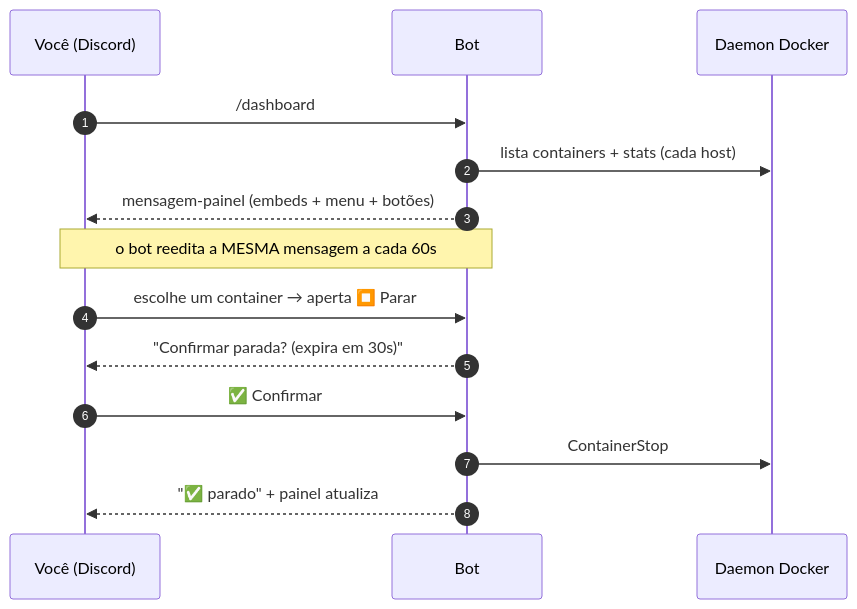
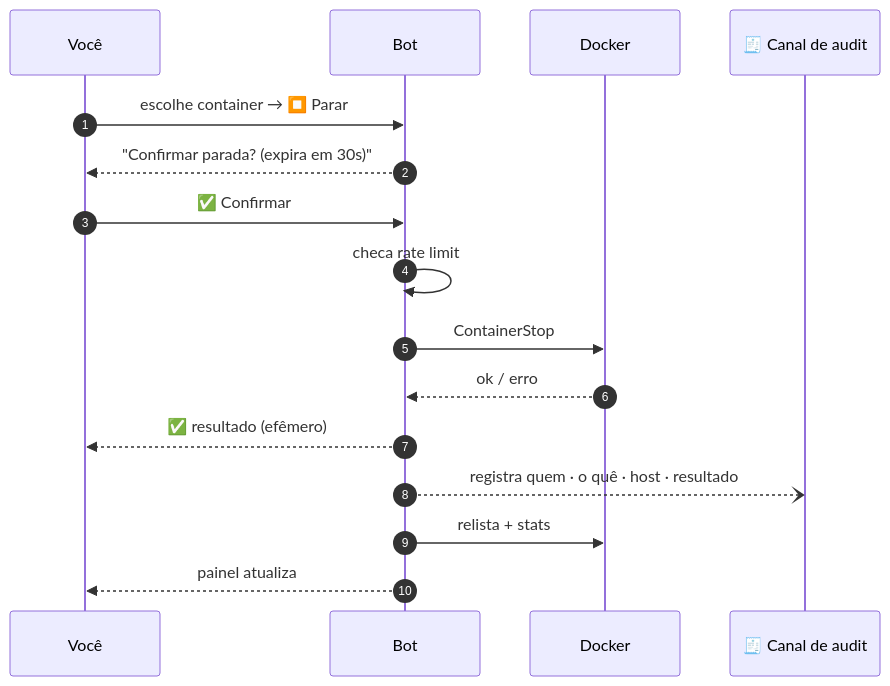
One commit to the-eduardo/DockerStats-Discord-Bot changed the fourth of 4 diagrams in README.pt-BR.md. Above: the diagram before and after it, drawn with Mermaid. The commit also changed other lines of this file and 2 other files, not shown here.

Commit message:
docs: READMEs reestruturados (EN) com diagramas de arquitetura/roteamento + PT-BR alinhado + novo README.es (Espanhol LatAm)

````diff
--- a/README.pt-BR.md
+++ b/README.pt-BR.md
@@ -102,16 +160,18 @@
 ```mermaid
 sequenceDiagram
     autonumber
-    participant U as Você (Discord)
+    participant U as Você
     participant B as Bot
-    participant D as Daemon Docker
-    U->>B: /dashboard
-    B->>D: lista containers + stats (cada host)
-    B-->>U: mensagem-painel (embeds + menu + botões)
-    Note over B,U: o bot reedita a MESMA mensagem a cada 60s
-    U->>B: escolhe um container → aperta ⏹️ Parar
+    participant D as Docker
+    participant A as 🧾 Canal de audit
+    U->>B: escolhe container → ⏹️ Parar
     B-->>U: "Confirmar parada? (expira em 30s)"
     U->>B: ✅ Confirmar
+    B->>B: checa rate limit
     B->>D: ContainerStop
-    B-->>U: "✅ parado" + painel atualiza
+    D-->>B: ok / erro
+    B-->>U: ✅ resultado (efêmero)
+    B--)A: registra quem · o quê · host · resultado
+    B->>D: relista + stats
+    B-->>U: painel atualiza
 ```
````
